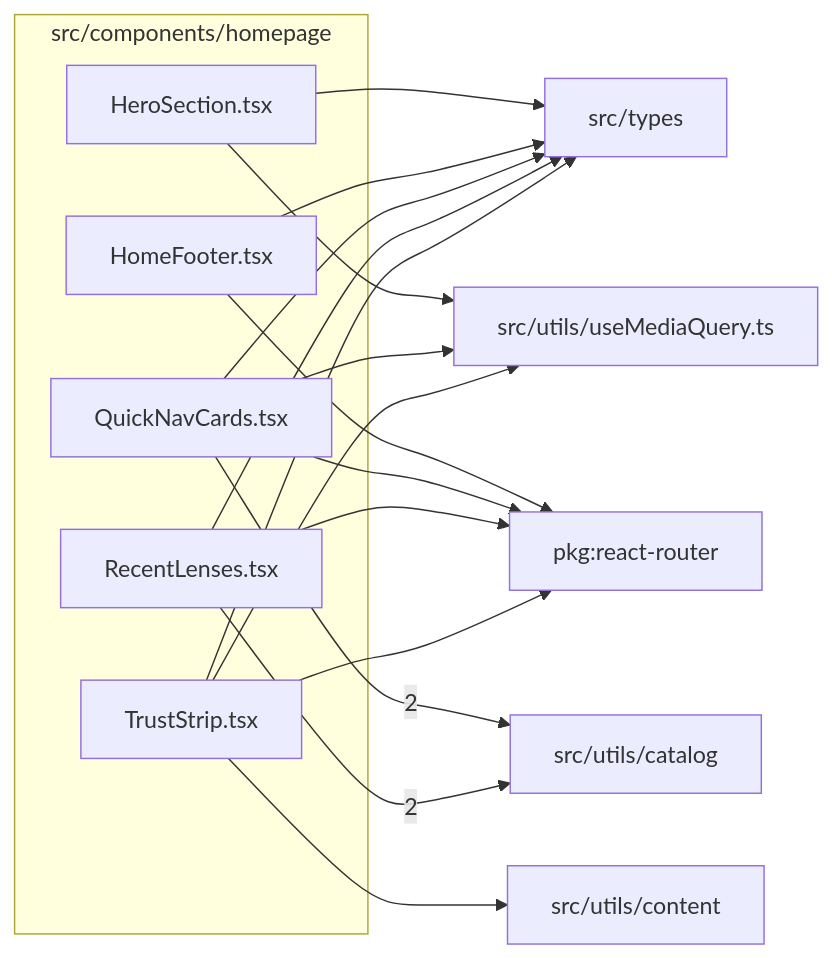
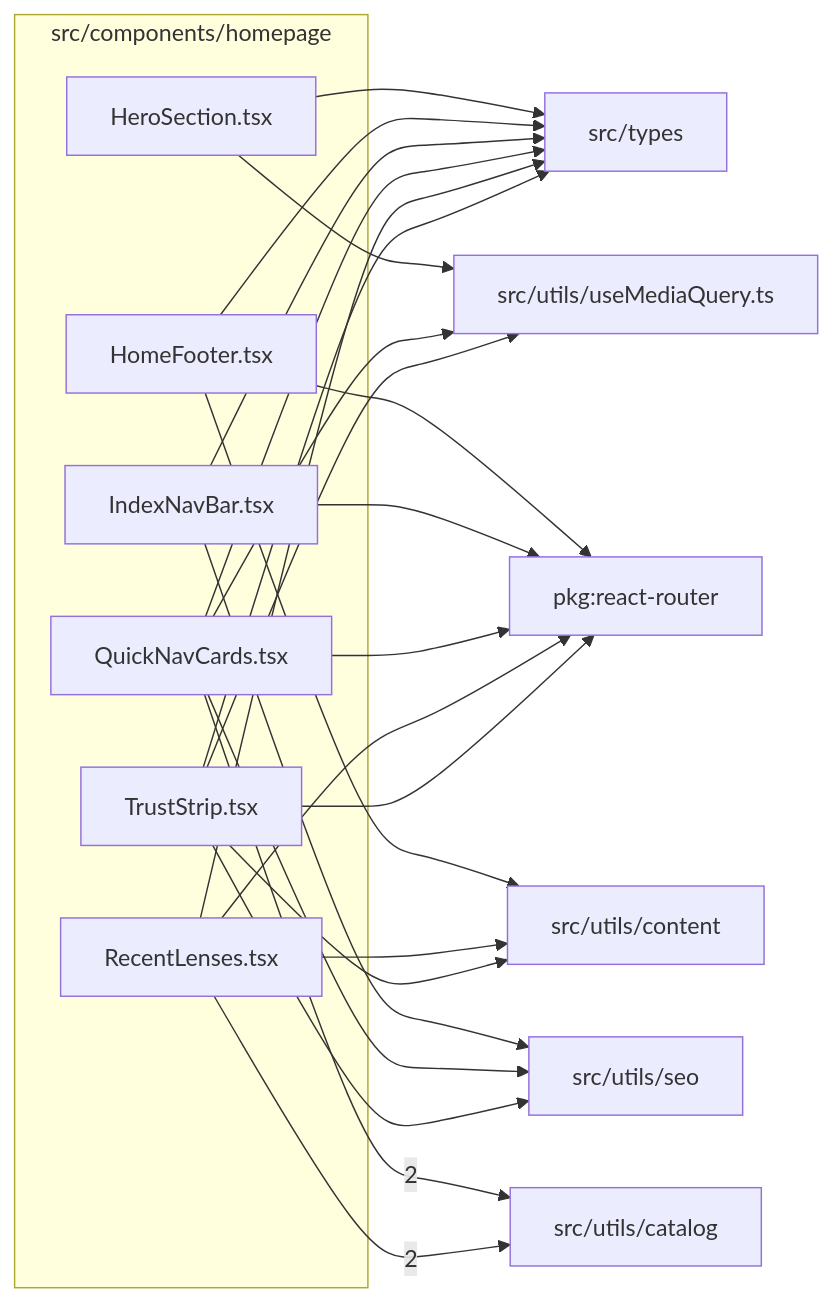
The diagram in src/components/homepage/readme.md (ronbuening/LensVisualizer), drawn with Mermaid before and after one commit. The commit also changed other lines of this file and 38 other files, not shown here.

````diff
--- a/src/components/homepage/readme.md
+++ b/src/components/homepage/readme.md
@@ -9,30 +9,39 @@
 ```mermaid
 flowchart LR
   subgraph n_src_components_homepage["src/components/homepage"]
     n_src_components_homepage_src_components_homepage_HeroSection_tsx["HeroSection.tsx"]
     n_src_components_homepage_src_components_homepage_HomeFooter_tsx["HomeFooter.tsx"]
+    n_src_components_homepage_src_components_homepage_IndexNavBar_tsx["IndexNavBar.tsx"]
     n_src_components_homepage_src_components_homepage_QuickNavCards_tsx["QuickNavCards.tsx"]
     n_src_components_homepage_src_components_homepage_RecentLenses_tsx["RecentLenses.tsx"]
     n_src_components_homepage_src_components_homepage_TrustStrip_tsx["TrustStrip.tsx"]
   end
   n_external_src_utils_catalog["src/utils/catalog"]
   n_external_pkg_react_router["pkg:react-router"]
   n_external_src_types["src/types"]
   n_external_src_utils_content["src/utils/content"]
+  n_external_src_utils_seo["src/utils/seo"]
   n_external_src_utils_useMediaQuery_ts["src/utils/useMediaQuery.ts"]
   n_src_components_homepage_src_components_homepage_QuickNavCards_tsx --> |2| n_external_src_utils_catalog
   n_src_components_homepage_src_components_homepage_RecentLenses_tsx --> |2| n_external_src_utils_catalog
   n_src_components_homepage_src_components_homepage_HomeFooter_tsx --> n_external_pkg_react_router
+  n_src_components_homepage_src_components_homepage_IndexNavBar_tsx --> n_external_pkg_react_router
   n_src_components_homepage_src_components_homepage_QuickNavCards_tsx --> n_external_pkg_react_router
   n_src_components_homepage_src_components_homepage_RecentLenses_tsx --> n_external_pkg_react_router
   n_src_components_homepage_src_components_homepage_TrustStrip_tsx --> n_external_pkg_react_router
   n_src_components_homepage_src_components_homepage_HeroSection_tsx --> n_external_src_types
   n_src_components_homepage_src_components_homepage_HomeFooter_tsx --> n_external_src_types
+  n_src_components_homepage_src_components_homepage_IndexNavBar_tsx --> n_external_src_types
   n_src_components_homepage_src_components_homepage_QuickNavCards_tsx --> n_external_src_types
   n_src_components_homepage_src_components_homepage_RecentLenses_tsx --> n_external_src_types
   n_src_components_homepage_src_components_homepage_TrustStrip_tsx --> n_external_src_types
+  n_src_components_homepage_src_components_homepage_HomeFooter_tsx --> n_external_src_utils_content
+  n_src_components_homepage_src_components_homepage_RecentLenses_tsx --> n_external_src_utils_content
   n_src_components_homepage_src_components_homepage_TrustStrip_tsx --> n_external_src_utils_content
+  n_src_components_homepage_src_components_homepage_IndexNavBar_tsx --> n_external_src_utils_seo
+  n_src_components_homepage_src_components_homepage_QuickNavCards_tsx --> n_external_src_utils_seo
+  n_src_components_homepage_src_components_homepage_TrustStrip_tsx --> n_external_src_utils_seo
   n_src_components_homepage_src_components_homepage_HeroSection_tsx --> n_external_src_utils_useMediaQuery_ts
   n_src_components_homepage_src_components_homepage_QuickNavCards_tsx --> n_external_src_utils_useMediaQuery_ts
   n_src_components_homepage_src_components_homepage_TrustStrip_tsx --> n_external_src_utils_useMediaQuery_ts
 ```
````
